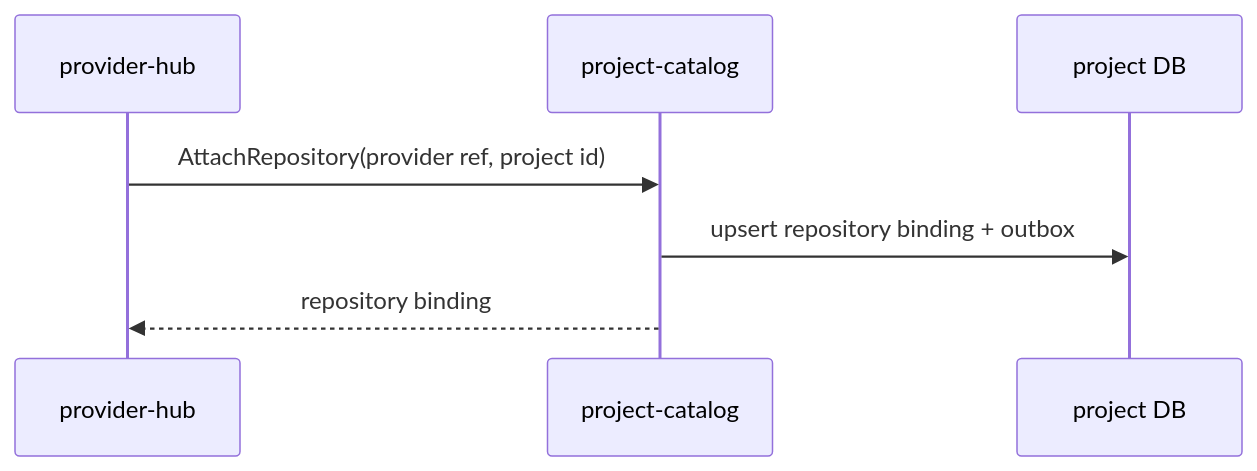
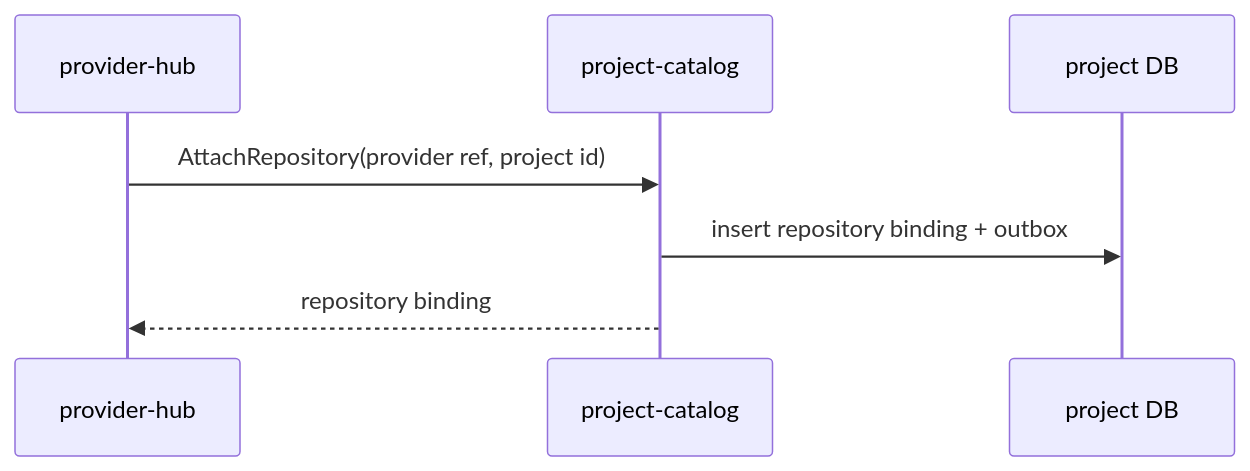
One commit to codex-k8s/kodex changed the second of 3 diagrams in docs/domains/projects-and-repositories/architecture/design.md. Above: the diagram before and after it, drawn with Mermaid. The commit also changed 23 other files, not shown here.

````diff
--- a/docs/domains/projects-and-repositories/architecture/design.md
+++ b/docs/domains/projects-and-repositories/architecture/design.md
@@ -97,9 +97,9 @@
 ```mermaid
 sequenceDiagram
   participant H as provider-hub
   participant P as project-catalog
   participant DB as project DB
   H->>P: AttachRepository(provider ref, project id)
-  P->>DB: upsert repository binding + outbox
+  P->>DB: insert repository binding + outbox
   P-->>H: repository binding
 ```
````
